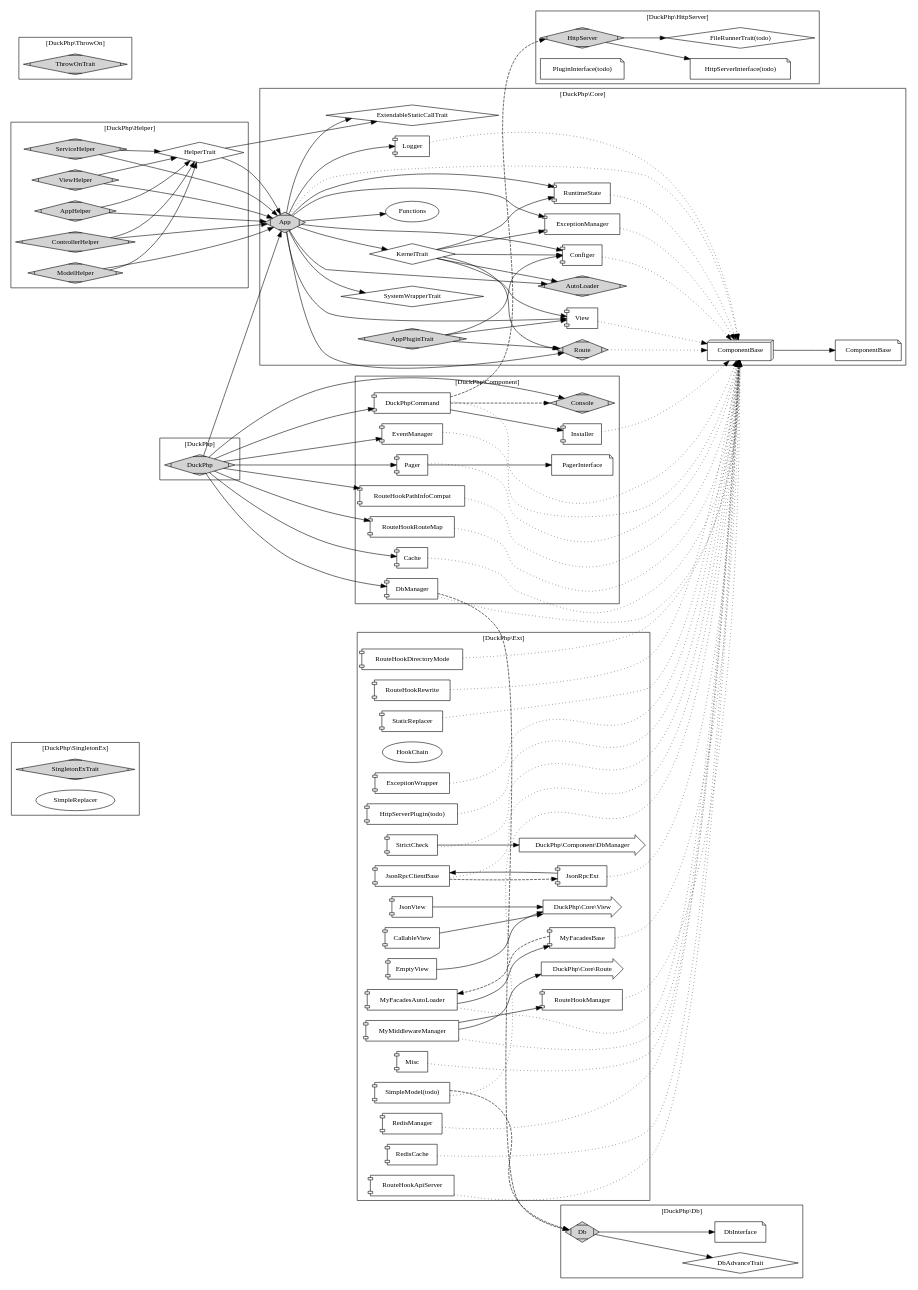
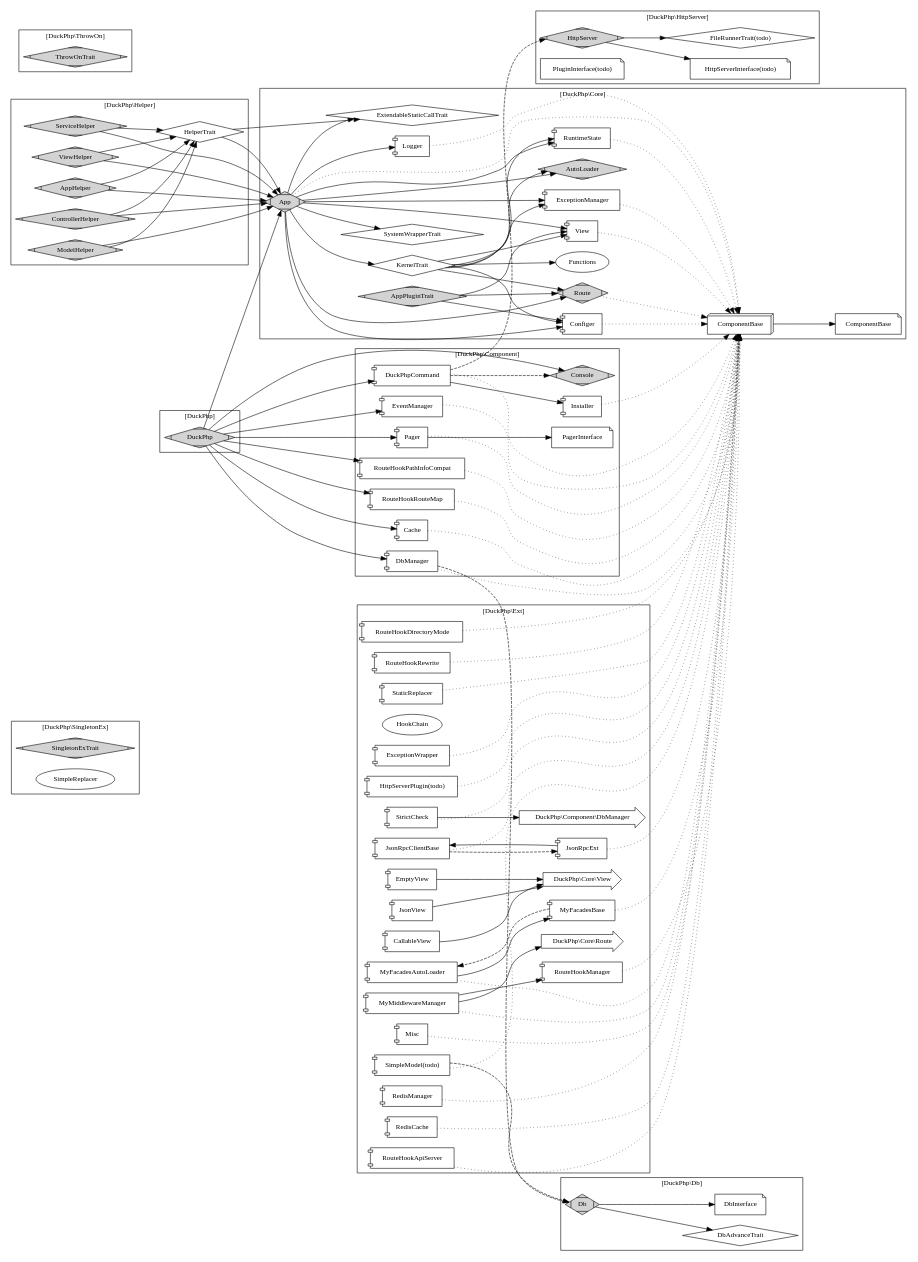
The diagram in docs/duckphp.gv (dvaknheo/duckphp), drawn with Graphviz before and after one commit. The commit also changed 13 other files, not shown here.

```diff
--- a/docs/duckphp.gv
+++ b/docs/duckphp.gv
@@ -39,11 +39,11 @@
     KernelTrait -> Route;
     KernelTrait -> RuntimeState;
     KernelTrait -> View;
-    
+    KernelTrait -> Functions;
+
     App -> KernelTrait;
     App -> ExtendableStaticCallTrait;
     App -> SystemWrapperTrait;
-    
     App -> AutoLoader;
     App -> Configer;
     App -> Logger;
@@ -52,7 +52,6 @@
     App -> RuntimeState;
     App -> View;
     
-    App -> Functions;
     App -> ComponentBase [style="dotted"];
     
     AppPluginTrait -> Configer;
```
